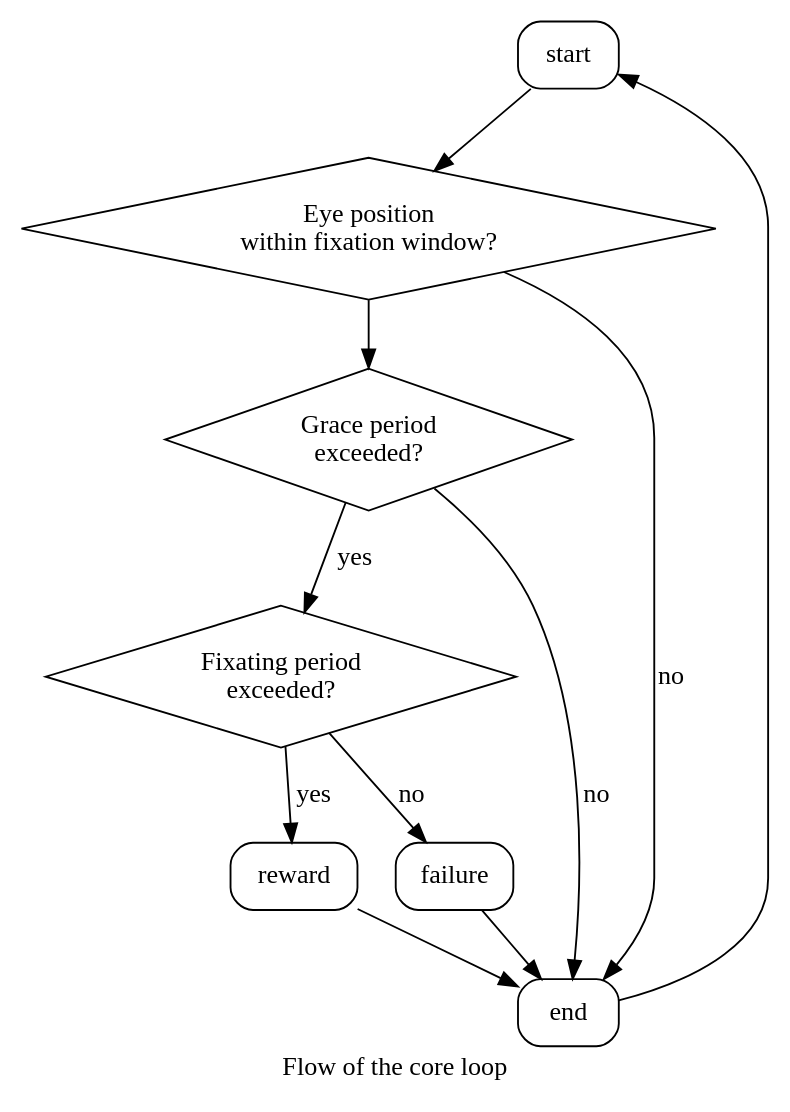
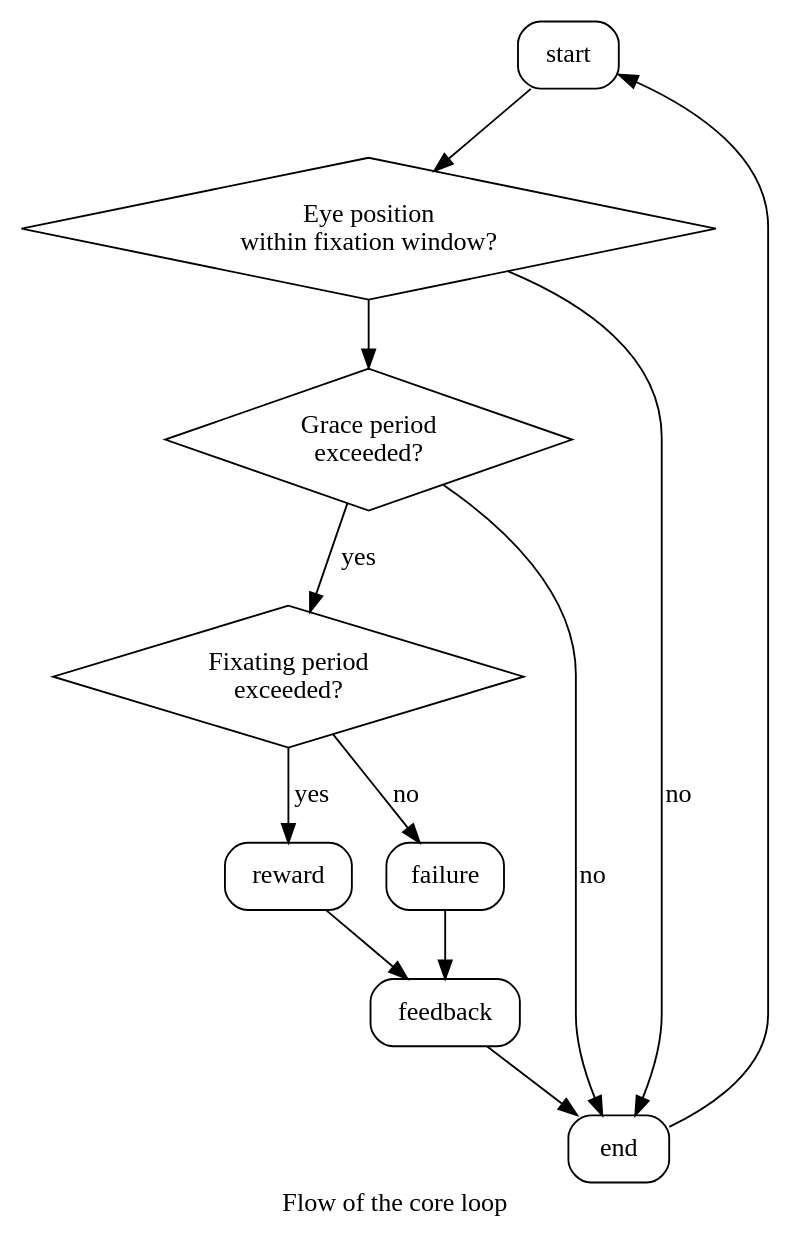
The diagram in core_flow.dot (grero/EyelinkCalibration), drawn with Graphviz before and after one commit.

Commit message:
Adds feedback step to the flow chart

```diff
--- a/core_flow.dot
+++ b/core_flow.dot
@@ -1,25 +1,27 @@
 digraph{
   label="Flow of the core loop";
   start[shape="box",style="rounded"]
   fixating[shape="diamond", style=""];
   grace_period[shape="diamond", style=""];
   fixation_criteria[shape="diamond", style=""];
   reward[shape="box", style="rounded"];
   failure[shape="box", style="rounded"];
+  feedback[shape="box", style="rounded"];
   end[shape="box", style="rounded"];
 
   fixating[label="Eye position\nwithin fixation window?"];
   grace_period[label="Grace period\nexceeded?"];
   fixation_criteria[label="Fixating period\nexceeded?"];
 
   start -> fixating;
   fixating -> end[label="no"];
   fixating -> grace_period;
   grace_period -> fixation_criteria[label="yes"];
   grace_period -> end[label="no"];
   fixation_criteria -> reward[label="yes"];
   fixation_criteria -> failure[label="no"];
-  failure->end;
-  reward->end;
+  failure->feedback;
+  reward->feedback;
+  feedback->end; 
   end->start;
 }
```
